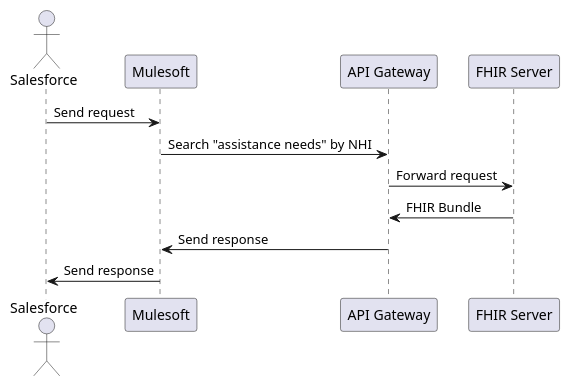
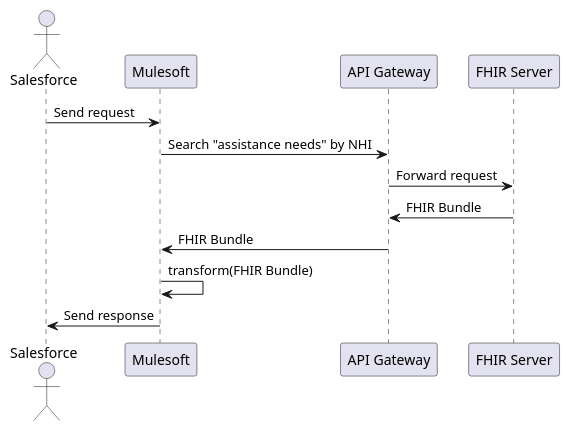
One commit to tewhatuora/fhir-patient-questionnaires changed the diagram in input/images-source/2.assistance-retrieve.plantuml. Above: the diagram before and after it, drawn with PlantUML. The commit also changed 3 other files, not shown here.

```diff
--- a/input/images-source/2.assistance-retrieve.plantuml
+++ b/input/images-source/2.assistance-retrieve.plantuml
@@ -1,14 +1,15 @@
 @startuml
 actor Salesforce
 participant "Mulesoft"
 participant "API Gateway"
 participant "FHIR Server"
 
 Salesforce -> Mulesoft: Send request
 Mulesoft -> "API Gateway": Search "assistance needs" by NHI
 "API Gateway" -> "FHIR Server": Forward request
 "FHIR Server" -> "API Gateway": FHIR Bundle
-"API Gateway" -> Mulesoft: Send response
+"API Gateway" -> Mulesoft: FHIR Bundle
+Mulesoft -> Mulesoft : transform(FHIR Bundle)
 Mulesoft -> Salesforce: Send response
 
 @enduml
```
